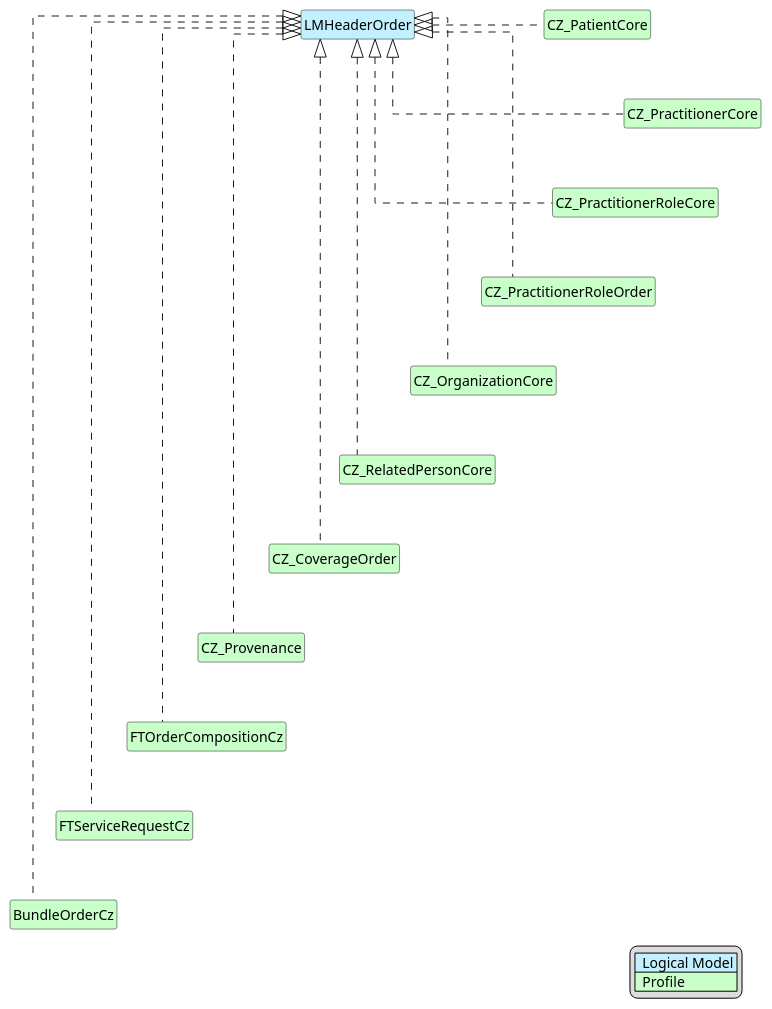
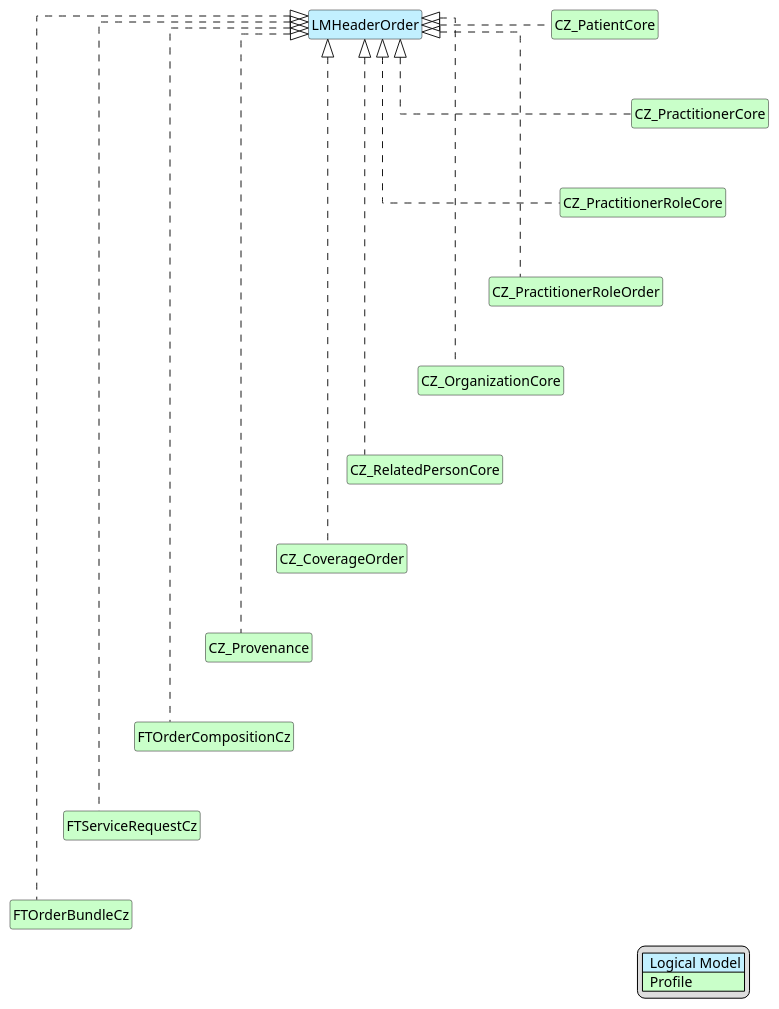
Before and after one commit to HL7-cz/k-order: the diagram in input/images-source/FT-Header-map.plantuml, drawn with PlantUML. The commit also changed 77 other files, not shown here.

```diff
--- a/input/images-source/FT-Header-map.plantuml
+++ b/input/images-source/FT-Header-map.plantuml
@@ -1,49 +1,49 @@
 @startuml
 ' Generated by scripts/sync-header-mapping.py
 hide circle
 hide stereotype
 hide members
 hide methods
 skinparam linetype ortho
 skinparam class {
 BackgroundColor<<LogicalModel>> #APPLICATION
 BackgroundColor<<Profile>> #TECHNOLOGY
 }
 legend right
 | <#APPLICATION>  Logical Model |
 | <#TECHNOLOGY>  Profile |
 endlegend
 class "LMHeaderOrder" as Header <<LogicalModel>> [[StructureDefinition-LMHeaderOrder.html]]
 class "CZ_PatientCore" as Target0 <<Profile>> [[https://hl7.cz/fhir/core/StructureDefinition-cz-patient-core.html]]
 Header <|. Target0
 class "CZ_PractitionerCore" as Target1 <<Profile>> [[https://hl7.cz/fhir/core/StructureDefinition-cz-practitioner-core.html]]
 Header <|. Target1
 Target0 -d[hidden]-> Target1
 class "CZ_PractitionerRoleCore" as Target2 <<Profile>> [[https://hl7.cz/fhir/core/StructureDefinition-cz-practitionerrole-core.html]]
 Header <|. Target2
 Target1 -d[hidden]-> Target2
 class "CZ_PractitionerRoleOrder" as Target3 <<Profile>> [[https://hl7.cz/fhir/core/StructureDefinition-practitionerrole-cz-order.html]]
 Header <|. Target3
 Target2 -d[hidden]-> Target3
 class "CZ_OrganizationCore" as Target4 <<Profile>> [[https://hl7.cz/fhir/core/StructureDefinition-cz-organization-core.html]]
 Header <|. Target4
 Target3 -d[hidden]-> Target4
 class "CZ_RelatedPersonCore" as Target5 <<Profile>> [[https://hl7.cz/fhir/core/StructureDefinition-cz-relatedPerson-core.html]]
 Header <|. Target5
 Target4 -d[hidden]-> Target5
 class "CZ_CoverageOrder" as Target6 <<Profile>> [[StructureDefinition-cz-coverage-order.html]]
 Header <|. Target6
 Target5 -d[hidden]-> Target6
 class "CZ_Provenance" as Target7 <<Profile>> [[https://hl7.cz/fhir/core/StructureDefinition-cz-provenance.html]]
 Header <|. Target7
 Target6 -d[hidden]-> Target7
 class "FTOrderCompositionCz" as Target8 <<Profile>> [[StructureDefinition-ft-order-composition-cz.html]]
 Header <|. Target8
 Target7 -d[hidden]-> Target8
 class "FTServiceRequestCz" as Target9 <<Profile>> [[StructureDefinition-FTServiceRequestCz.html]]
 Header <|. Target9
 Target8 -d[hidden]-> Target9
-class "BundleOrderCz" as Target10 <<Profile>> [[StructureDefinition-BundleOrderCz.html]]
+class "FTOrderBundleCz" as Target10 <<Profile>> [[StructureDefinition-FTOrderBundleCz.html]]
 Header <|. Target10
 Target9 -d[hidden]-> Target10
 @enduml
```
